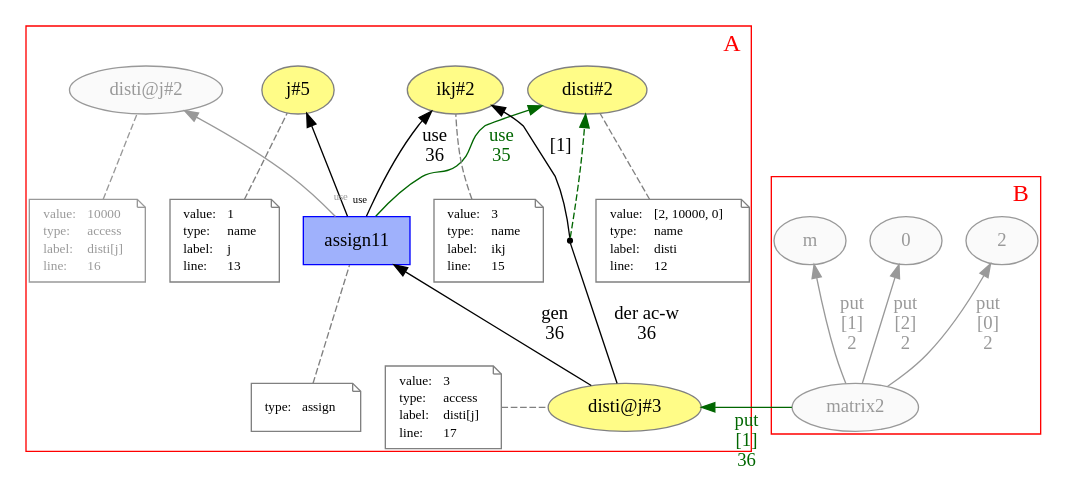
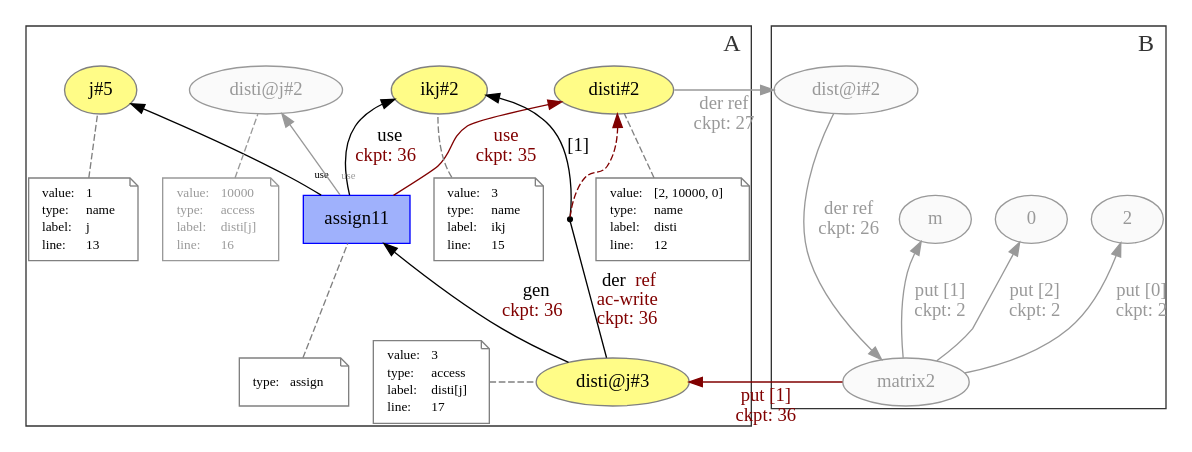
The diagram in generated/paper/versioned_prov.dot (dew-uff/versioned-prov), drawn with Graphviz before and after one commit. The commit also changed 36 other files, not shown here.

```diff
--- a/generated/paper/versioned_prov.dot
+++ b/generated/paper/versioned_prov.dot
@@ -1,178 +1,178 @@
 digraph "PROV" { size="16,12"; rankdir="BT";
 newrank=true;
 splines = "spline"
 
 subgraph cluster_0 {
     labeljust="r"
     labelloc="b"
     margin="2"
-    color = "red"
-    fontcolor = "red"
+    color = "#333333"
+    fontcolor = "#333333"
     fontsize = "18"
     label = "A";
     "g/disti@j#3"; "g/disti@j#3-attrs"
     "g/assign11"; "g/assign11-attrs"
     "g/ikj#2"; "g/ikj#2-attrs"
     "g/j#5"; "g/j#5-attrs"
     "g/disti@j#2"; "g/disti@j#2-attrs"
     "g/disti#2"; "g/disti#2-attrs"
     "bn0"
     
 //    {rank=same "g/disti@j#3" "g/disti@j#3-attrs"}
     {rank=same "g/disti#2" "g/ikj#2"}
 }
 subgraph cluster_1 {
     ranksep = "0.1"
     labeljust="r"
     labelloc="b"
     margin="2"
-    color = "red"
-    fontcolor = "red"
+    color = "#333333"
+    fontcolor = "#333333"
     fontsize = "18"
     label = "B";
+    "g/dist@i#2"
     "g/matrix2"
     "g/m"
     "g/0"
     "g/2"
 }
 
 "g/m" [fillcolor="#FAFAFA",color="#999999",style="filled",fontcolor="#999999",label="m",URL="g/m"]
 "g/0" [fillcolor="#FAFAFA",color="#999999",style="filled",fontcolor="#999999",label="0",URL="g/0"]
 "g/2" [fillcolor="#FAFAFA",color="#999999",style="filled",fontcolor="#999999",label="2",URL="g/2"]
 "g/matrix2" [fillcolor="#FAFAFA",color="#999999",style="filled",fontcolor="#999999",label="matrix2",URL="g/matrix2"]
-"g/matrix2" -> "g/2" [labelfontsize="8",labeldistance="1.5",color="#999999",labelangle="60.0",rotation="20",label="put
-[0]
-2",fontcolor="#999999"]
-"g/matrix2" -> "g/m" [labelfontsize="8",labeldistance="1.5",color="#999999",labelangle="60.0",rotation="20",label="put
-[1]
-2",fontcolor="#999999"]
-"g/matrix2" -> "g/0" [labelfontsize="8",labeldistance="1.5",color="#999999",labelangle="60.0",rotation="20",label="put
-[2]
-2",fontcolor="#999999"]
+"g/matrix2" -> "g/2" [labelfontsize="8",labeldistance="1.5",color="#999999",labelangle="60.0",rotation="20",label="put [0]
+ckpt: 2",fontcolor="#999999"]
+"g/matrix2" -> "g/m" [labelfontsize="8",labeldistance="1.5",color="#999999",labelangle="60.0",rotation="20",label="put [1]
+ckpt: 2",fontcolor="#999999"]
+"g/matrix2" -> "g/0" [labelfontsize="8",labeldistance="1.5",color="#999999",labelangle="60.0",rotation="20",label="put [2]
+ckpt: 2",fontcolor="#999999"]
+"g/dist@i#2" [fillcolor="#FAFAFA",color="#999999",style="filled",fontcolor="#999999",label="dist@i#2",URL="g/dist@i#2"]
+"g/dist@i#2" -> "g/matrix2" [labelfontsize="8",labeldistance="1.5",color="#999999",labelangle="60.0",rotation="20",label="der ref
+ckpt: 26",fontcolor="#999999"]
 "g/disti#2" [fillcolor="#FFFC87",color="#808080",style="filled",label="disti#2",URL="g/disti#2"]
 "g/disti#2-attrs" [color="gray",shape="note",fontsize="10",fontcolor="black",label=<<TABLE cellpadding="0" border="0">
 	<TR>
 	    <TD align="left">value:</TD>
 	    <TD align="left">[2, 10000, 0]</TD>
 	</TR>
 	<TR>
 	    <TD align="left">type:</TD>
 	    <TD align="left">name</TD>
 	</TR>
 	<TR>
 	    <TD align="left">label:</TD>
 	    <TD align="left">disti</TD>
 	</TR>
 	<TR>
 	    <TD align="left">line:</TD>
 	    <TD align="left">12</TD>
 	</TR>
 </TABLE>>]
 "g/disti#2-attrs" -> "g/disti#2" [color="gray",style="dashed",arrowhead="none"]
+"g/disti#2" -> "g/dist@i#2" [labelfontsize="8",labeldistance="1.5",color="#999999",labelangle="60.0",rotation="20",label="der ref
+ckpt: 27",fontcolor="#999999"]
 "g/j#5" [fillcolor="#FFFC87",color="#808080",style="filled",label="j#5",URL="g/j#5"]
 "g/j#5-attrs" [color="gray",shape="note",fontsize="10",fontcolor="black",label=<<TABLE cellpadding="0" border="0">
 	<TR>
 	    <TD align="left">value:</TD>
 	    <TD align="left">1</TD>
 	</TR>
 	<TR>
 	    <TD align="left">type:</TD>
 	    <TD align="left">name</TD>
 	</TR>
 	<TR>
 	    <TD align="left">label:</TD>
 	    <TD align="left">j</TD>
 	</TR>
 	<TR>
 	    <TD align="left">line:</TD>
 	    <TD align="left">13</TD>
 	</TR>
 </TABLE>>]
 "g/j#5-attrs" -> "g/j#5" [color="gray",style="dashed",arrowhead="none"]
 "g/ikj#2" [fillcolor="#FFFC87",color="#808080",style="filled",label="ikj#2",URL="g/ikj#2"]
 "g/ikj#2-attrs" [color="gray",shape="note",fontsize="10",fontcolor="black",label=<<TABLE cellpadding="0" border="0">
 	<TR>
 	    <TD align="left">value:</TD>
 	    <TD align="left">3</TD>
 	</TR>
 	<TR>
 	    <TD align="left">type:</TD>
 	    <TD align="left">name</TD>
 	</TR>
 	<TR>
 	    <TD align="left">label:</TD>
 	    <TD align="left">ikj</TD>
 	</TR>
 	<TR>
 	    <TD align="left">line:</TD>
 	    <TD align="left">15</TD>
 	</TR>
 </TABLE>>]
 "g/ikj#2-attrs" -> "g/ikj#2" [color="gray",style="dashed",arrowhead="none"]
 "g/disti@j#2" [fillcolor="#FAFAFA",color="#999999",style="filled",fontcolor="#999999",label="disti@j#2",URL="g/disti@j#2"]
 "g/disti@j#2-attrs" [color="#999999",shape="note",fontsize="10",fontcolor="#999999",label=<<TABLE cellpadding="0" border="0">
 	<TR>
 	    <TD align="left">value:</TD>
 	    <TD align="left">10000</TD>
 	</TR>
 	<TR>
 	    <TD align="left">type:</TD>
 	    <TD align="left">access</TD>
 	</TR>
 	<TR>
 	    <TD align="left">label:</TD>
 	    <TD align="left">disti[j]</TD>
 	</TR>
 	<TR>
 	    <TD align="left">line:</TD>
 	    <TD align="left">16</TD>
 	</TR>
 </TABLE>>]
 "g/disti@j#2-attrs" -> "g/disti@j#2" [color="#999999",style="dashed",arrowhead="none",fontcolor="#999999"]
-"g/matrix2" -> "g/disti@j#3" [labelfontsize="8",labeldistance="1.5",color="#006600",labelangle="60.0",rotation="20",label="put
-[1]
-36",fontcolor="#006600"]
-"g/assign11" -> "g/disti#2" [labelfontsize="8",labeldistance="1.5",color="#006600",labelangle="60.0",rotation="20",label="use
-35",fontcolor="#006600"]
+"g/matrix2" -> "g/disti@j#3" [labelfontsize="8",labeldistance="1.5",color="#800000",labelangle="60.0",rotation="20",label="put [1]
+ckpt: 36",fontcolor="#800000"]
+"g/assign11" -> "g/disti#2" [labelfontsize="8",labeldistance="1.5",color="#800000",labelangle="60.0",rotation="20",label="use
+ckpt: 35",fontcolor="#800000"]
 "g/disti@j#3" [fillcolor="#FFFC87",color="#808080",style="filled",label="disti@j#3",URL="g/disti@j#3"]
 "g/disti@j#3-attrs" [color="gray",shape="note",fontsize="10",fontcolor="black",label=<<TABLE cellpadding="0" border="0">
 	<TR>
 	    <TD align="left">value:</TD>
 	    <TD align="left">3</TD>
 	</TR>
 	<TR>
 	    <TD align="left">type:</TD>
 	    <TD align="left">access</TD>
 	</TR>
 	<TR>
 	    <TD align="left">label:</TD>
 	    <TD align="left">disti[j]</TD>
 	</TR>
 	<TR>
 	    <TD align="left">line:</TD>
 	    <TD align="left">17</TD>
 	</TR>
 </TABLE>>]
 "g/disti@j#3-attrs" -> "g/disti@j#3" [color="gray",style="dashed",arrowhead="none"]
 "g/assign11" [fillcolor="#9FB1FC",color="#0000FF",shape="polygon",sides="4",style="filled",label="assign11",URL="g/assign11"]
 "g/assign11-attrs" [color="gray",shape="note",fontsize="10",fontcolor="black",label=<<TABLE cellpadding="0" border="0">
 	<TR>
 	    <TD align="left">type:</TD>
 	    <TD align="left">assign</TD>
 	</TR>
 </TABLE>>]
 "g/assign11-attrs" -> "g/assign11" [color="gray",style="dashed",arrowhead="none"]
 "bn0" [shape="point",label=""]
-"g/disti@j#3" -> "bn0" [labelfontsize="8",labeldistance="1.5",color="black",labelangle="60.0",rotation="20",label="der ac-w
-36",arrowhead="none"]
-"bn0" -> "g/disti#2" [color="#006600",style="dashed"]
-"bn0" -> "g/ikj#2" [labelfontsize="8",labeldistance="1.5",color="black",labelangle="60.0",rotation="20",label="[1]"]
+"g/disti@j#3" -> "bn0" [labelfontsize="8",labeldistance="1.5",color="black",labelangle="60.0",rotation="20",label=<<font color="black">der</font><font color="#800000"> ref<br/>ac-write<br/>ckpt: 36</font>>,arrowhead="none"]
+"bn0" -> "g/disti#2" [color="#800000",style="dashed"]
+"bn0" -> "g/ikj#2" [labelfontsize="8",labeldistance="1.5",color="black",labelangle="60.0",rotation="20",label=<<font color="black">[1]</font>>,fontcolor="#800000"]
 "g/assign11" -> "g/j#5" [labelfontsize="8",labeldistance="1.5",labelangle="60.0",rotation="20",taillabel="use"]
 "g/assign11" -> "g/disti@j#2" [labelfontsize="8",labeldistance="1.5",labelangle="60.0",rotation="20",taillabel="use",fontcolor="#999999",color="#999999"]
 
 {rank=same "g/matrix2" "g/disti@j#3" "g/disti@j#3-attrs"}
-"g/assign11" -> "g/ikj#2" [labelfontsize="8",labeldistance="1.5",color="black",labelangle="60.0",rotation="20",label="use
-36"]
-"g/disti@j#3" -> "g/assign11" [labelfontsize="8",labeldistance="1.5",color="black",labelangle="60.0",rotation="20",label="gen
-36"]
+{rank=same "g/disti#2" "g/dist@i#2"}
+"g/assign11" -> "g/ikj#2" [labelfontsize="8",labeldistance="1.5",color="black",labelangle="60.0",rotation="20",label=<<font color="black">use</font><font color="#800000"><br/>ckpt: 36</font>>]
+"g/disti@j#3" -> "g/assign11" [labelfontsize="8",labeldistance="1.5",color="black",labelangle="60.0",rotation="20",label=<<font color="black">gen</font><font color="#800000"><br/>ckpt: 36</font>>]
 }
```
